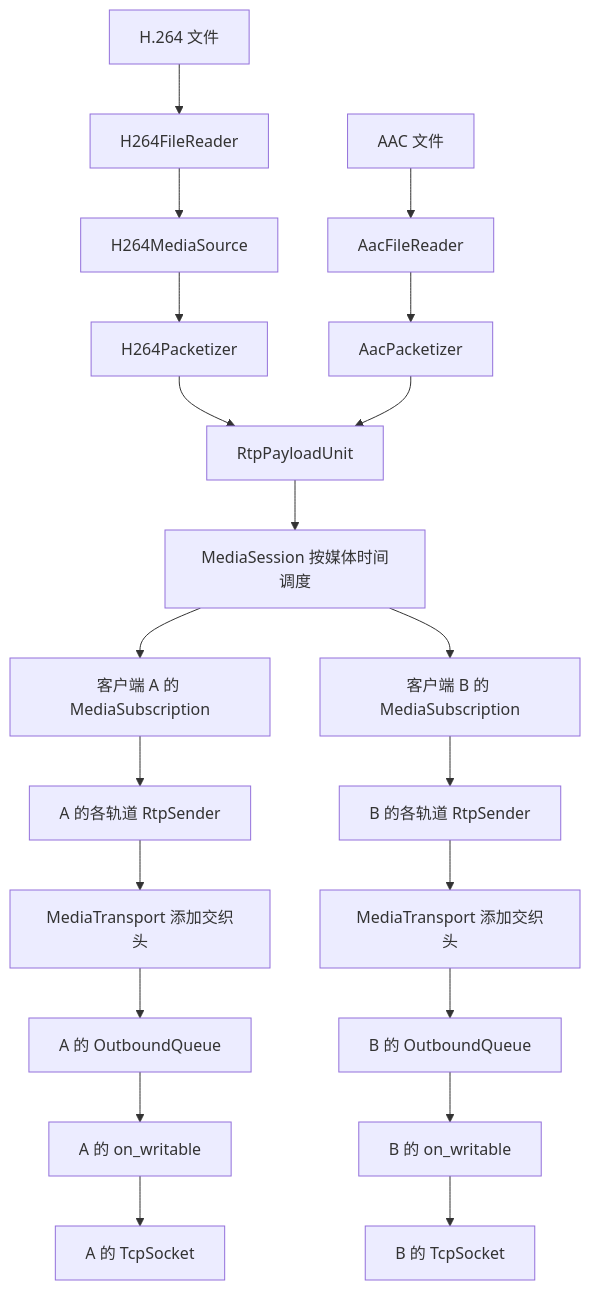
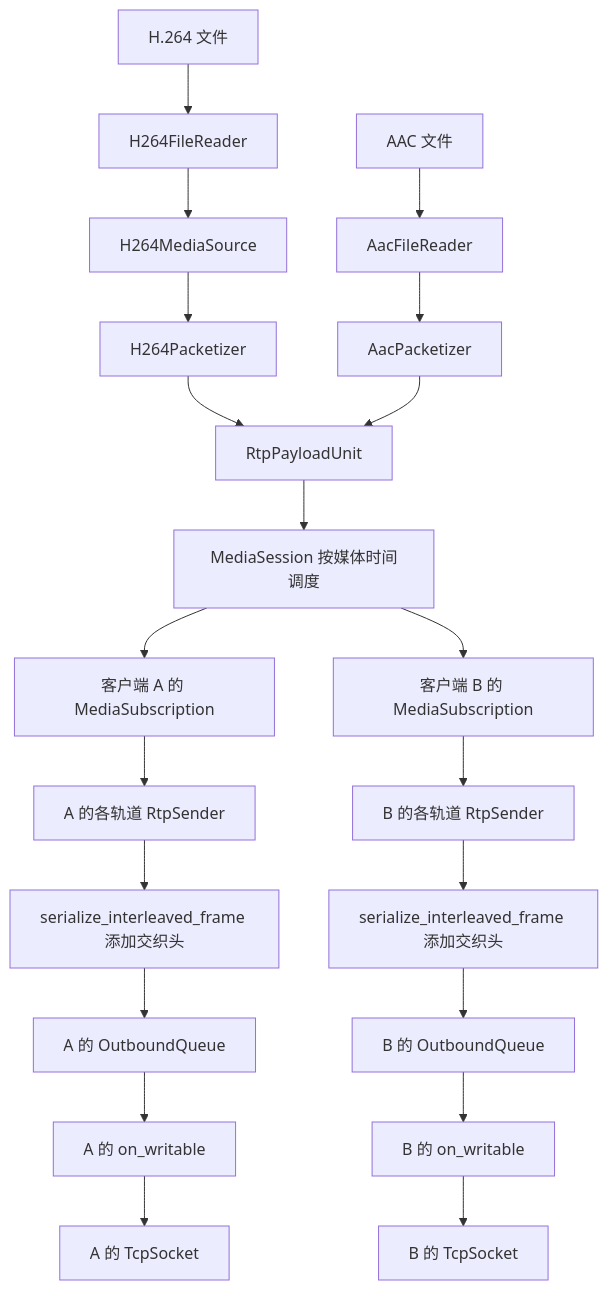
The third of 4 diagrams in 项目类职责与关系.md (18828644614/rtsp_cpp), drawn with Mermaid before and after one commit. The commit also changed other lines of this file and 20 other files, not shown here.

Commit message:
移除 MediaTransport 类及两个文件，RTP/RTCP 直接按协商通道编码交织帧。 媒体 AU 使用输出参数和常量引用，封包结果按值返回；待发负载改为 optional，通过常量引用同步分发，保持每帧只封包一次。

````diff
--- a/项目类职责与关系.md
+++ b/项目类职责与关系.md
@@ -252,23 +251,23 @@
 ```mermaid
 flowchart TD
     V[H.264 文件] --> VR[H264FileReader]
     VR --> VS[H264MediaSource]
     VS --> VP[H264Packetizer]
     A[AAC 文件] --> AR[AacFileReader]
     AR --> AP[AacPacketizer]
     VP --> P[RtpPayloadUnit]
     AP --> P
     P --> M[MediaSession 按媒体时间调度]
     M --> SA[客户端 A 的 MediaSubscription]
     M --> SB[客户端 B 的 MediaSubscription]
     SA --> RA[A 的各轨道 RtpSender]
     SB --> RB[B 的各轨道 RtpSender]
-    RA --> TA[MediaTransport 添加交织头]
-    RB --> TB[MediaTransport 添加交织头]
+    RA --> TA[serialize_interleaved_frame 添加交织头]
+    RB --> TB[serialize_interleaved_frame 添加交织头]
     TA --> QA[A 的 OutboundQueue]
     TB --> QB[B 的 OutboundQueue]
     QA --> WA[A 的 on_writable]
     QB --> WB[B 的 on_writable]
     WA --> NA[A 的 TcpSocket]
     WB --> NB[B 的 TcpSocket]
 ```
````
